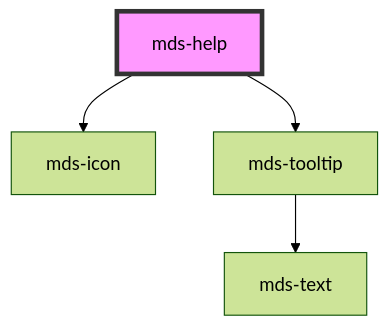
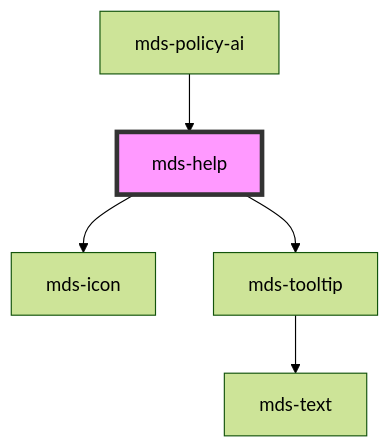
The diagram in projects/stencil/src/components/mds-help/readme.md (magma-design-system/magma), drawn with Mermaid (forest theme) before and after one commit. The commit also changed other lines of this file and 16 other files, not shown here.

````diff
--- a/projects/stencil/src/components/mds-help/readme.md
+++ b/projects/stencil/src/components/mds-help/readme.md
@@ -34,7 +45,8 @@
 ```mermaid
 graph TD;
   mds-help --> mds-icon
   mds-help --> mds-tooltip
   mds-tooltip --> mds-text
+  mds-policy-ai --> mds-help
   style mds-help fill:#f9f,stroke:#333,stroke-width:4px
 ```
````
